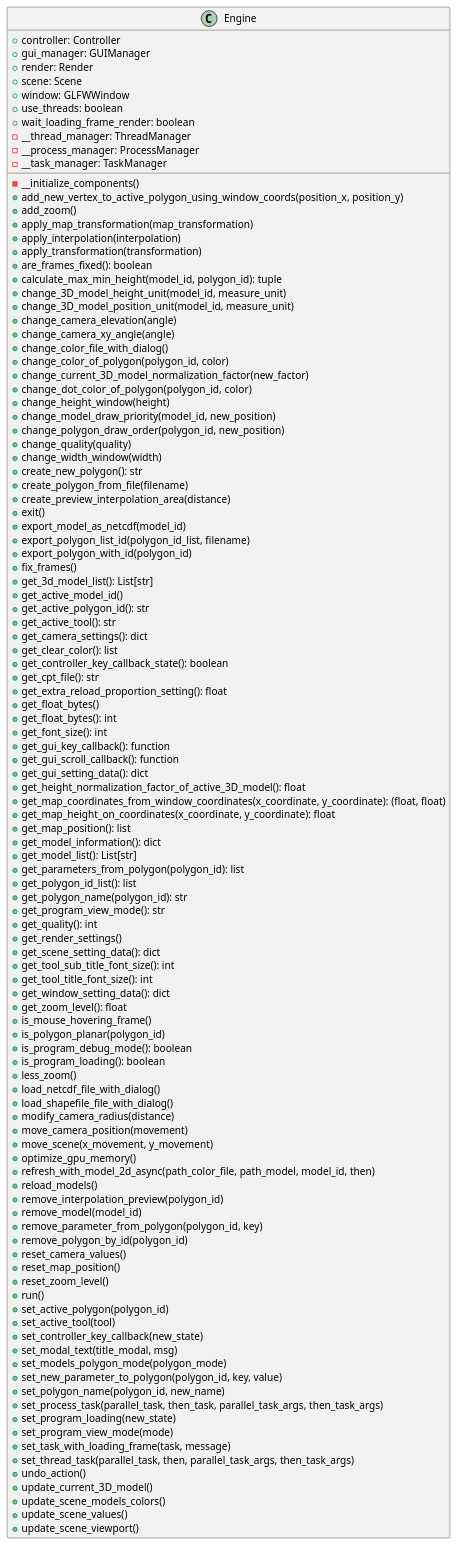
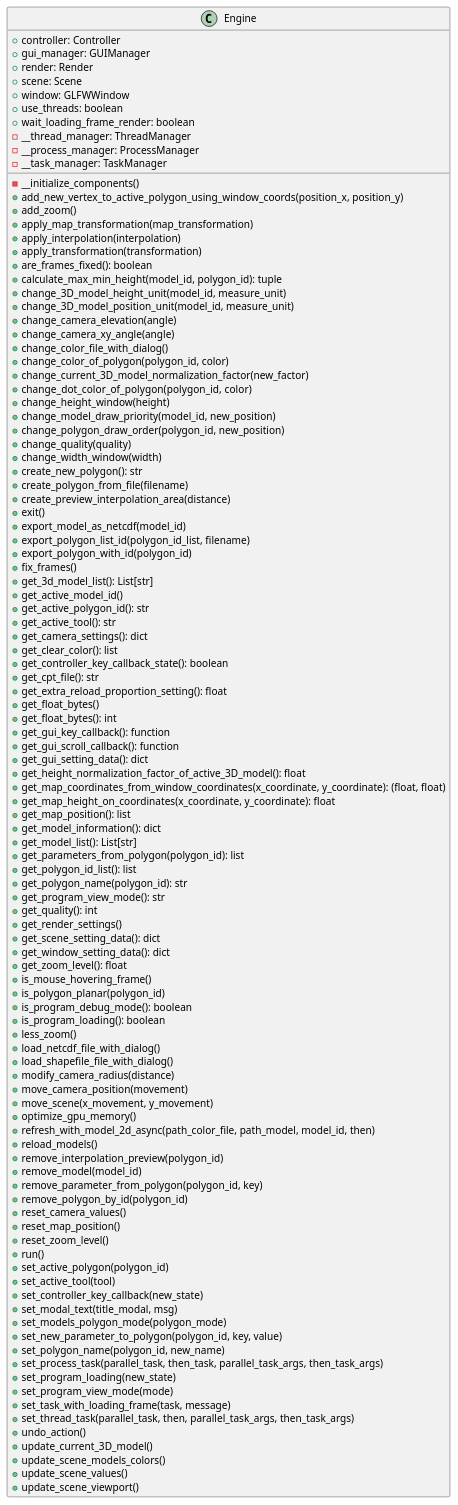
One commit to ferpoble2/Relief_Creator changed the diagram in docs/classes/Engine.puml. Above: the diagram before and after it, drawn with PlantUML. The commit also changed 15 other files, not shown here.

```diff
--- a/docs/classes/Engine.puml
+++ b/docs/classes/Engine.puml
@@ -1,115 +1,112 @@
 @startuml
 class Engine {
     + controller: Controller
     + gui_manager: GUIManager
     + render: Render
     + scene: Scene
     + window: GLFWWindow
     + use_threads: boolean
     + wait_loading_frame_render: boolean
     - __thread_manager: ThreadManager
     - __process_manager: ProcessManager
     - __task_manager: TaskManager
 
     - __initialize_components()
     + add_new_vertex_to_active_polygon_using_window_coords(position_x, position_y)
     + add_zoom()
     + apply_map_transformation(map_transformation)
     + apply_interpolation(interpolation)
     + apply_transformation(transformation)
     + are_frames_fixed(): boolean
     + calculate_max_min_height(model_id, polygon_id): tuple
     + change_3D_model_height_unit(model_id, measure_unit)
     + change_3D_model_position_unit(model_id, measure_unit)
     + change_camera_elevation(angle)
     + change_camera_xy_angle(angle)
     + change_color_file_with_dialog()
     + change_color_of_polygon(polygon_id, color)
     + change_current_3D_model_normalization_factor(new_factor)
     + change_dot_color_of_polygon(polygon_id,  color)
     + change_height_window(height)
     + change_model_draw_priority(model_id, new_position)
     + change_polygon_draw_order(polygon_id, new_position)
     + change_quality(quality)
     + change_width_window(width)
     + create_new_polygon(): str
     + create_polygon_from_file(filename)
     + create_preview_interpolation_area(distance)
     + exit()
     + export_model_as_netcdf(model_id)
     + export_polygon_list_id(polygon_id_list, filename)
     + export_polygon_with_id(polygon_id)
     + fix_frames()
     + get_3d_model_list(): List[str]
     + get_active_model_id()
     + get_active_polygon_id(): str
     + get_active_tool(): str
     + get_camera_settings(): dict
     + get_clear_color(): list
     + get_controller_key_callback_state(): boolean
     + get_cpt_file(): str
     + get_extra_reload_proportion_setting(): float
     + get_float_bytes()
     + get_float_bytes(): int
-    + get_font_size(): int
     + get_gui_key_callback(): function
     + get_gui_scroll_callback(): function
     + get_gui_setting_data(): dict
     + get_height_normalization_factor_of_active_3D_model(): float
     + get_map_coordinates_from_window_coordinates(x_coordinate, y_coordinate): (float, float)
     + get_map_height_on_coordinates(x_coordinate, y_coordinate): float
     + get_map_position(): list
     + get_model_information(): dict
     + get_model_list(): List[str]
     + get_parameters_from_polygon(polygon_id): list
     + get_polygon_id_list(): list
     + get_polygon_name(polygon_id): str
     + get_program_view_mode(): str
     + get_quality(): int
     + get_render_settings()
     + get_scene_setting_data(): dict
-    + get_tool_sub_title_font_size(): int
-    + get_tool_title_font_size(): int
     + get_window_setting_data(): dict
     + get_zoom_level(): float
     + is_mouse_hovering_frame()
     + is_polygon_planar(polygon_id)
     + is_program_debug_mode(): boolean
     + is_program_loading(): boolean
     + less_zoom()
     + load_netcdf_file_with_dialog()
     + load_shapefile_file_with_dialog()
     + modify_camera_radius(distance)
     + move_camera_position(movement)
     + move_scene(x_movement, y_movement)
     + optimize_gpu_memory()
     + refresh_with_model_2d_async(path_color_file, path_model, model_id, then)
     + reload_models()
     + remove_interpolation_preview(polygon_id)
     + remove_model(model_id)
     + remove_parameter_from_polygon(polygon_id, key)
     + remove_polygon_by_id(polygon_id)
     + reset_camera_values()
     + reset_map_position()
     + reset_zoom_level()
     + run()
     + set_active_polygon(polygon_id)
     + set_active_tool(tool)
     + set_controller_key_callback(new_state)
     + set_modal_text(title_modal, msg)
     + set_models_polygon_mode(polygon_mode)
     + set_new_parameter_to_polygon(polygon_id, key, value)
     + set_polygon_name(polygon_id, new_name)
     + set_process_task(parallel_task, then_task, parallel_task_args, then_task_args)
     + set_program_loading(new_state)
     + set_program_view_mode(mode)
     + set_task_with_loading_frame(task, message)
     + set_thread_task(parallel_task, then, parallel_task_args, then_task_args)
     + undo_action()
     + update_current_3D_model()
     + update_scene_models_colors()
     + update_scene_values()
     + update_scene_viewport()
 }
 
 @enduml
```
